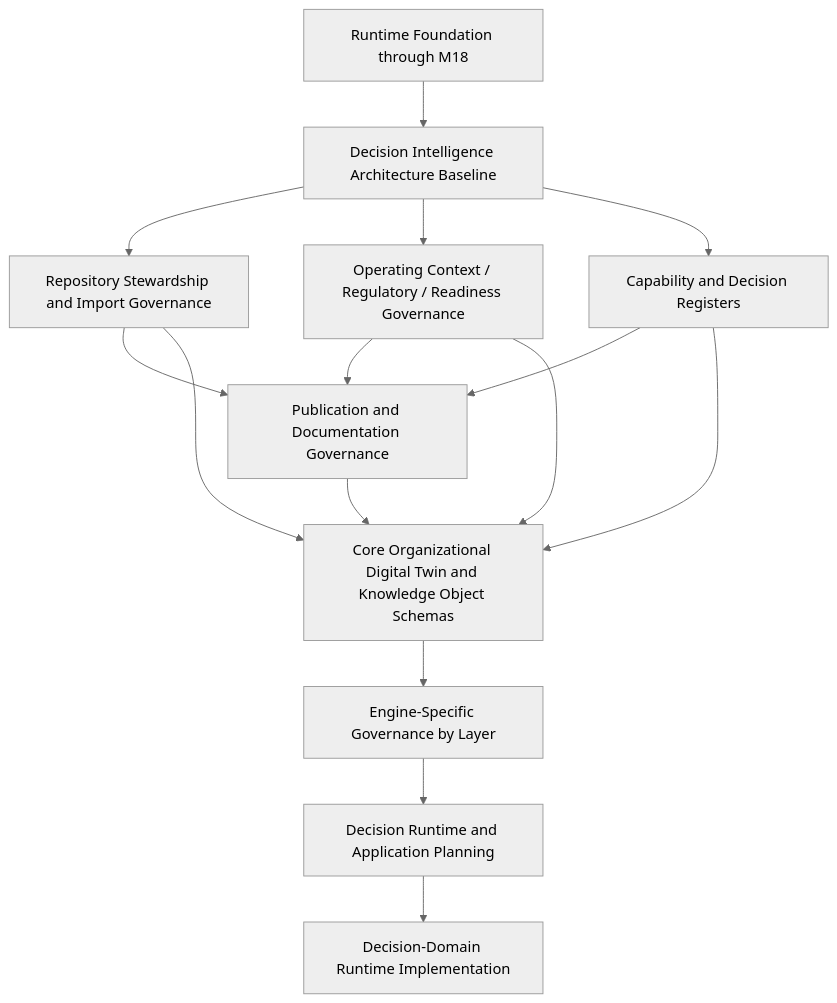
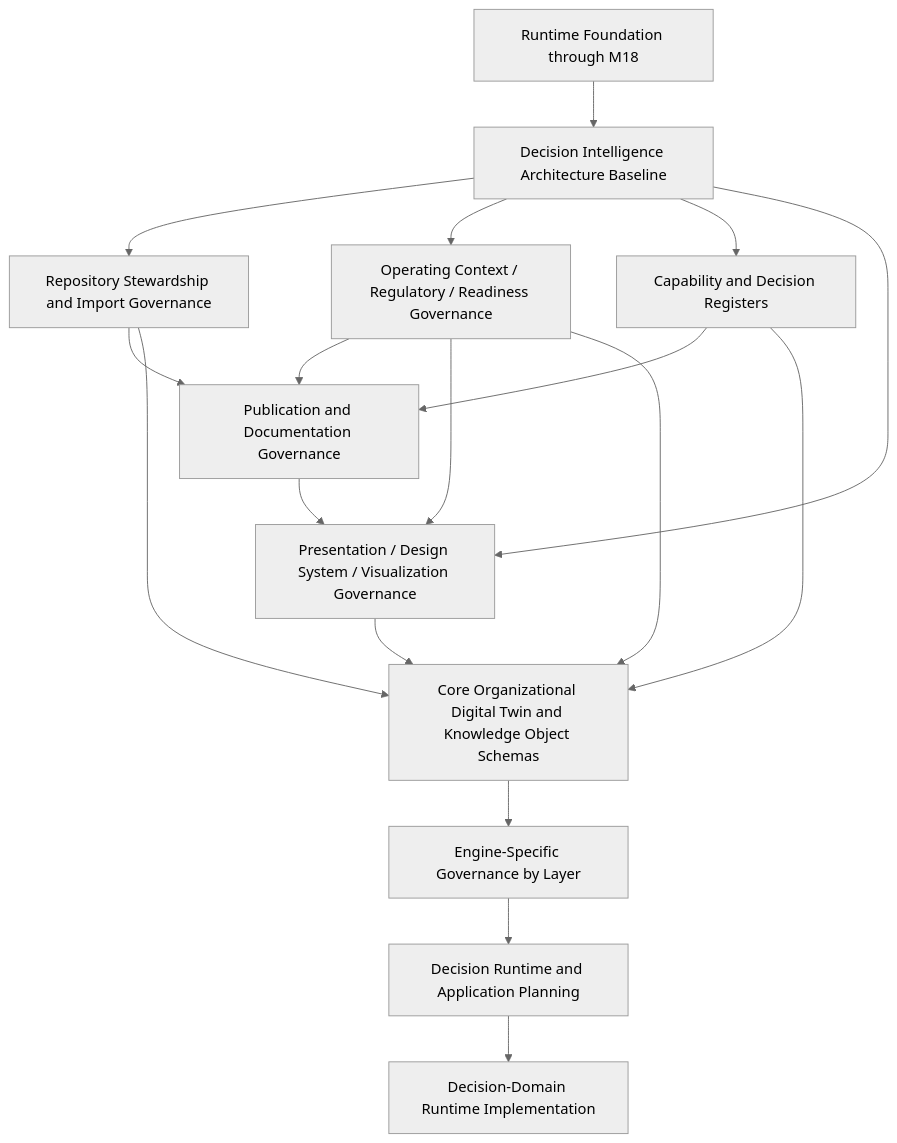
One commit to shawnfoster/AXI-Platform changed the diagram in Governance/Roadmap/AXI_Roadmap_v1.0.md. Above: the diagram before and after it, drawn with Mermaid (neutral theme). The commit also changed other lines of this file and 25 other files, not shown here.

Commit message:
AI-043: publish M21 presentation architecture baseline

````diff
--- a/Governance/Roadmap/AXI_Roadmap_v1.0.md
+++ b/Governance/Roadmap/AXI_Roadmap_v1.0.md
@@ -64,17 +69,20 @@
 ```mermaid
 flowchart TD
     R["Runtime Foundation through M18"] --> A["Decision Intelligence Architecture Baseline"]
     A --> S["Repository Stewardship and Import Governance"]
     A --> C["Operating Context / Regulatory / Readiness Governance"]
     A --> E["Capability and Decision Registers"]
     S --> P0["Publication and Documentation Governance"]
     C --> P0
     E --> P0
-    P0 --> D["Core Organizational Digital Twin and Knowledge Object Schemas"]
+    P0 --> P1["Presentation / Design System / Visualization Governance"]
+    A --> P1
+    C --> P1
+    P1 --> D["Core Organizational Digital Twin and Knowledge Object Schemas"]
     S --> D
     C --> D
     E --> D
     D --> G["Engine-Specific Governance by Layer"]
     G --> P["Decision Runtime and Application Planning"]
     P --> I["Decision-Domain Runtime Implementation"]
 ```
````
